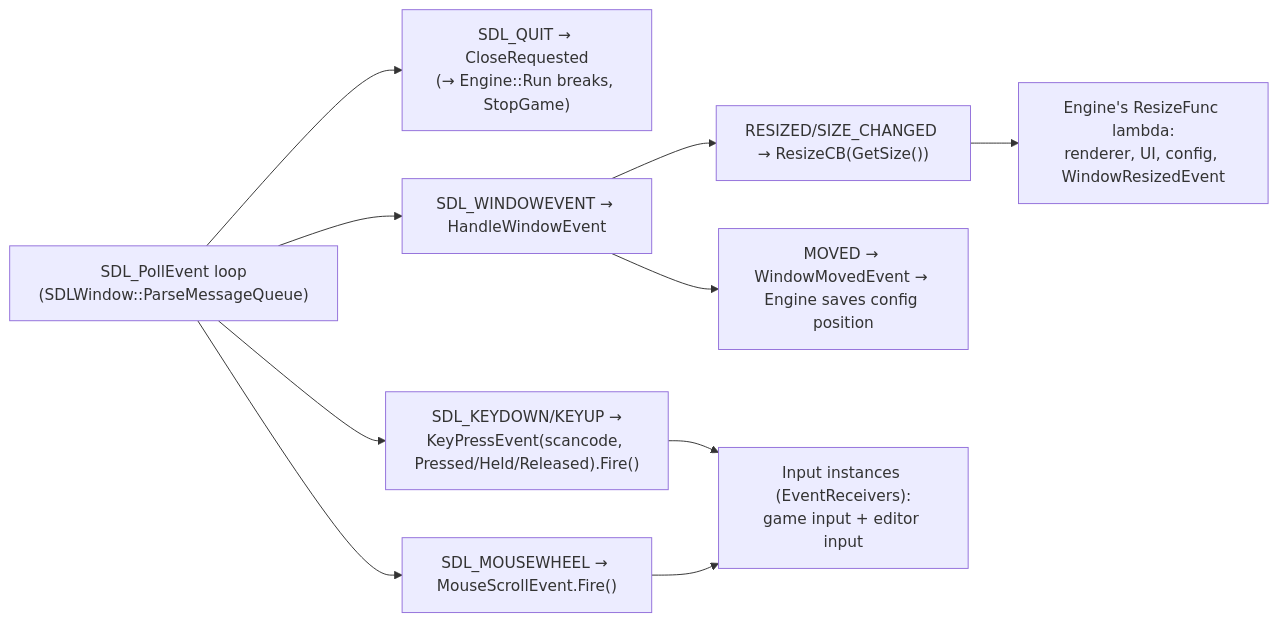
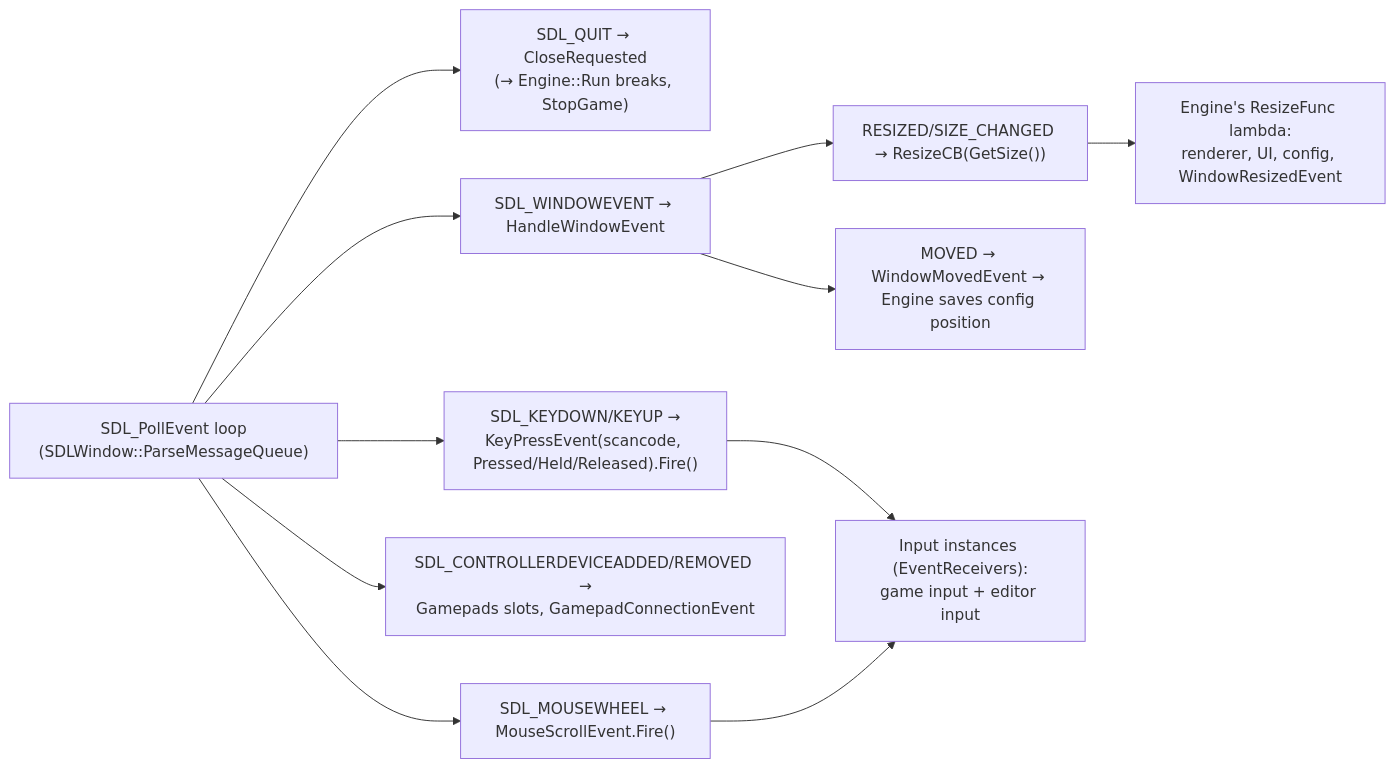
One commit to wobbier/MitchEngine changed the diagram in Docs/Platform-Window-Input-Config.md. Above: the diagram before and after it, drawn with Mermaid. The commit also changed other lines of this file and 6 other files, not shown here.

Commit message:
📚 Docs: input (Input.md), gamepad hotplug and SDL init, data assets, tabbed settings

````diff
--- a/Docs/Platform-Window-Input-Config.md
+++ b/Docs/Platform-Window-Input-Config.md
@@ -28,12 +29,13 @@
 ```mermaid
 flowchart LR
     SDL["SDL_PollEvent loop<br/>(SDLWindow::ParseMessageQueue)"] --> Q["SDL_QUIT → CloseRequested<br/>(→ Engine::Run breaks, StopGame)"]
     SDL --> K["SDL_KEYDOWN/KEYUP →<br/>KeyPressEvent(scancode, Pressed/Held/Released).Fire()"]
     SDL --> W["SDL_MOUSEWHEEL → MouseScrollEvent.Fire()"]
+    SDL --> G["SDL_CONTROLLERDEVICEADDED/REMOVED →<br/>Gamepads slots, GamepadConnectionEvent"]
     SDL --> WE["SDL_WINDOWEVENT → HandleWindowEvent"]
     WE --> RS["RESIZED/SIZE_CHANGED → ResizeCB(GetSize())"]
     WE --> MV["MOVED → WindowMovedEvent → Engine saves config position"]
     K --> I["Input instances (EventReceivers):<br/>game input + editor input"]
     W --> I
     RS --> R["Engine's ResizeFunc lambda:<br/>renderer, UI, config, WindowResizedEvent"]
 ```
````
